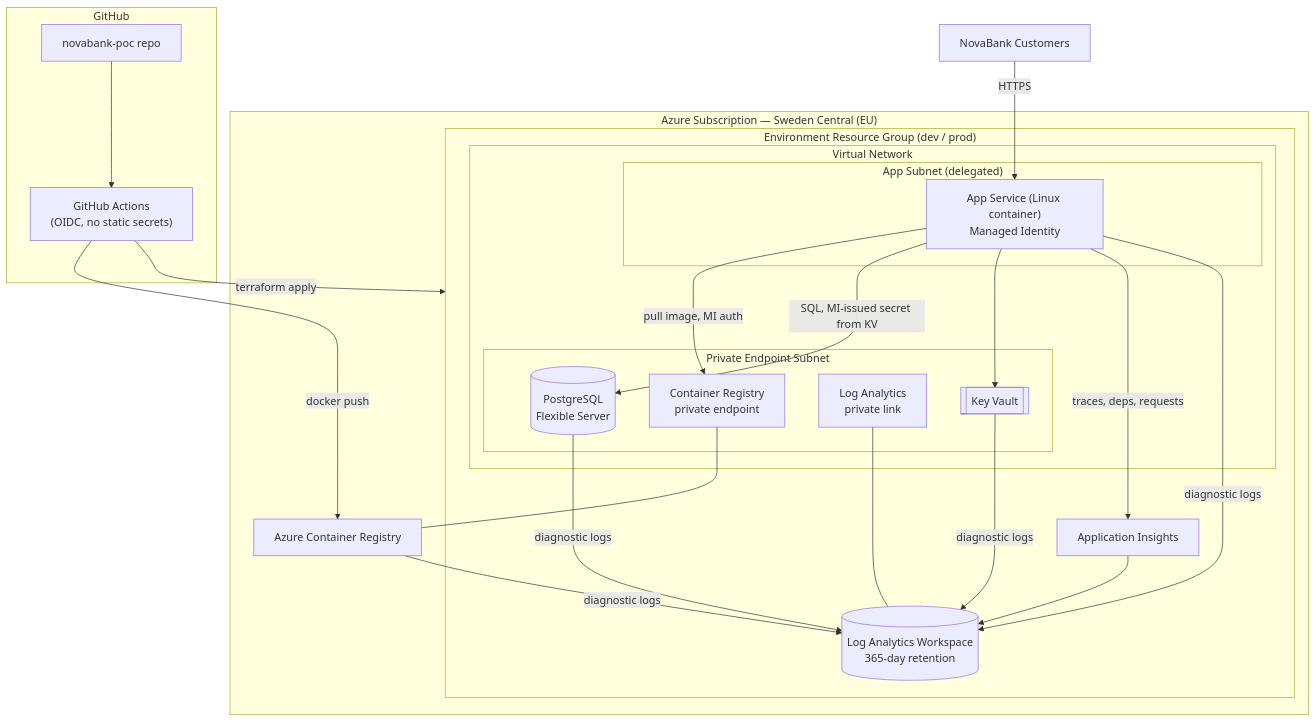
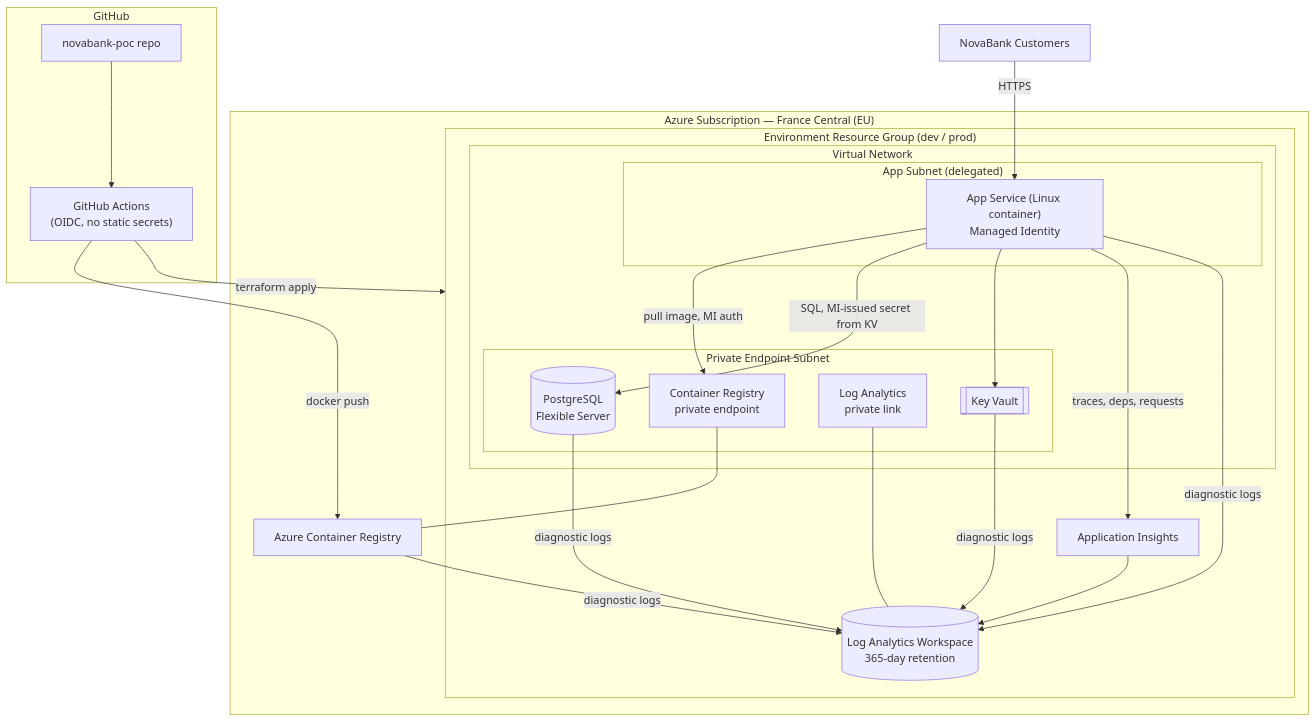
The diagram in docs/architecture-summary.md (MetehanBolat/contoso-poc), drawn with Mermaid before and after one commit. The commit also changed other lines of this file and 3 other files, not shown here.

Commit message:
FranceCentral for S1

````diff
--- a/docs/architecture-summary.md
+++ b/docs/architecture-summary.md
@@ -52,42 +52,42 @@
 ```mermaid
 flowchart TB
     subgraph GH["GitHub"]
         REPO[novabank-poc repo]
         CI["GitHub Actions\n(OIDC, no static secrets)"]
     end
 
-    subgraph AZ["Azure Subscription — Sweden Central (EU)"]
+    subgraph AZ["Azure Subscription — France Central (EU)"]
         subgraph RG["Environment Resource Group (dev / prod)"]
             subgraph VNET["Virtual Network"]
                 subgraph APPSNET["App Subnet (delegated)"]
                     APP["App Service (Linux container)\nManaged Identity"]
                 end
                 subgraph PESNET["Private Endpoint Subnet"]
                     PSQL[(PostgreSQL\nFlexible Server)]
                     KV[[Key Vault]]
                     LAWS_PE[Log Analytics\nprivate link]
                     ACR_PE[Container Registry\nprivate endpoint]
                 end
             end
             LAWS[(Log Analytics Workspace\n365-day retention)]
             AI[Application Insights]
         end
         ACR[Azure Container Registry]
     end
 
     USER[NovaBank Customers] -->|HTTPS| APP
     REPO --> CI
     CI -->|docker push| ACR
     CI -->|terraform apply| RG
     APP -->|pull image, MI auth| ACR_PE
     ACR_PE --- ACR
     APP -->|SQL, MI-issued secret from KV| PSQL
     APP --> KV
     APP -->|traces, deps, requests| AI
     AI --> LAWS
     LAWS_PE --- LAWS
     APP -->|diagnostic logs| LAWS
     PSQL -->|diagnostic logs| LAWS
     KV -->|diagnostic logs| LAWS
     ACR -->|diagnostic logs| LAWS
 ```
````
